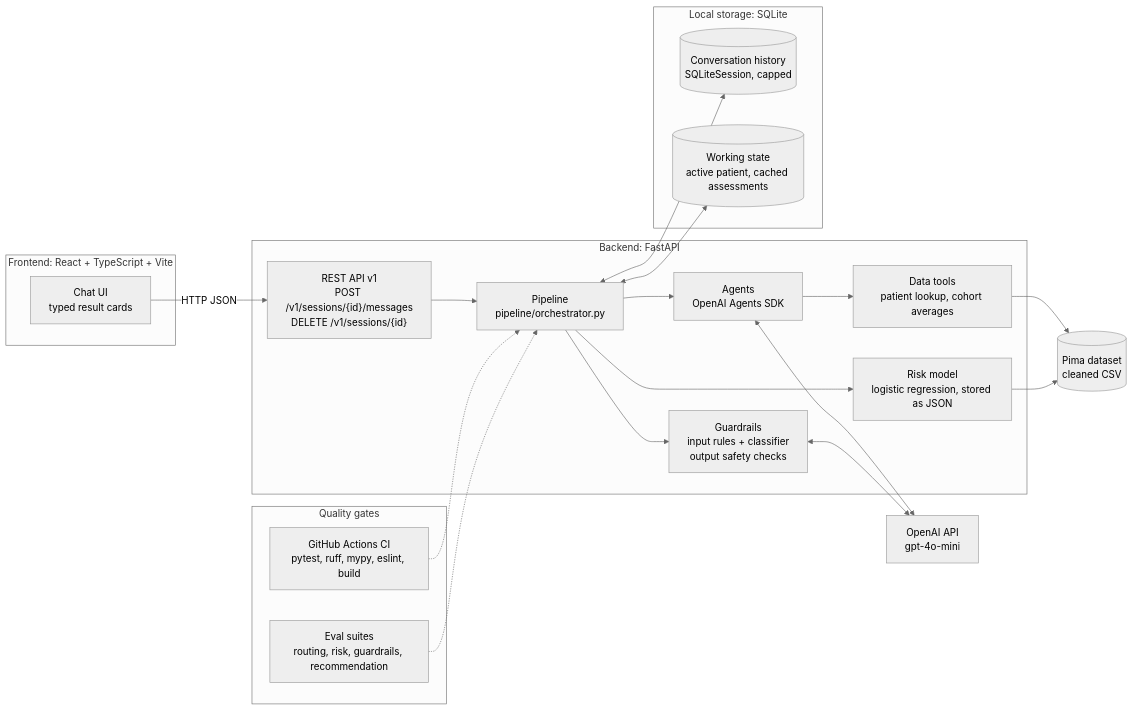
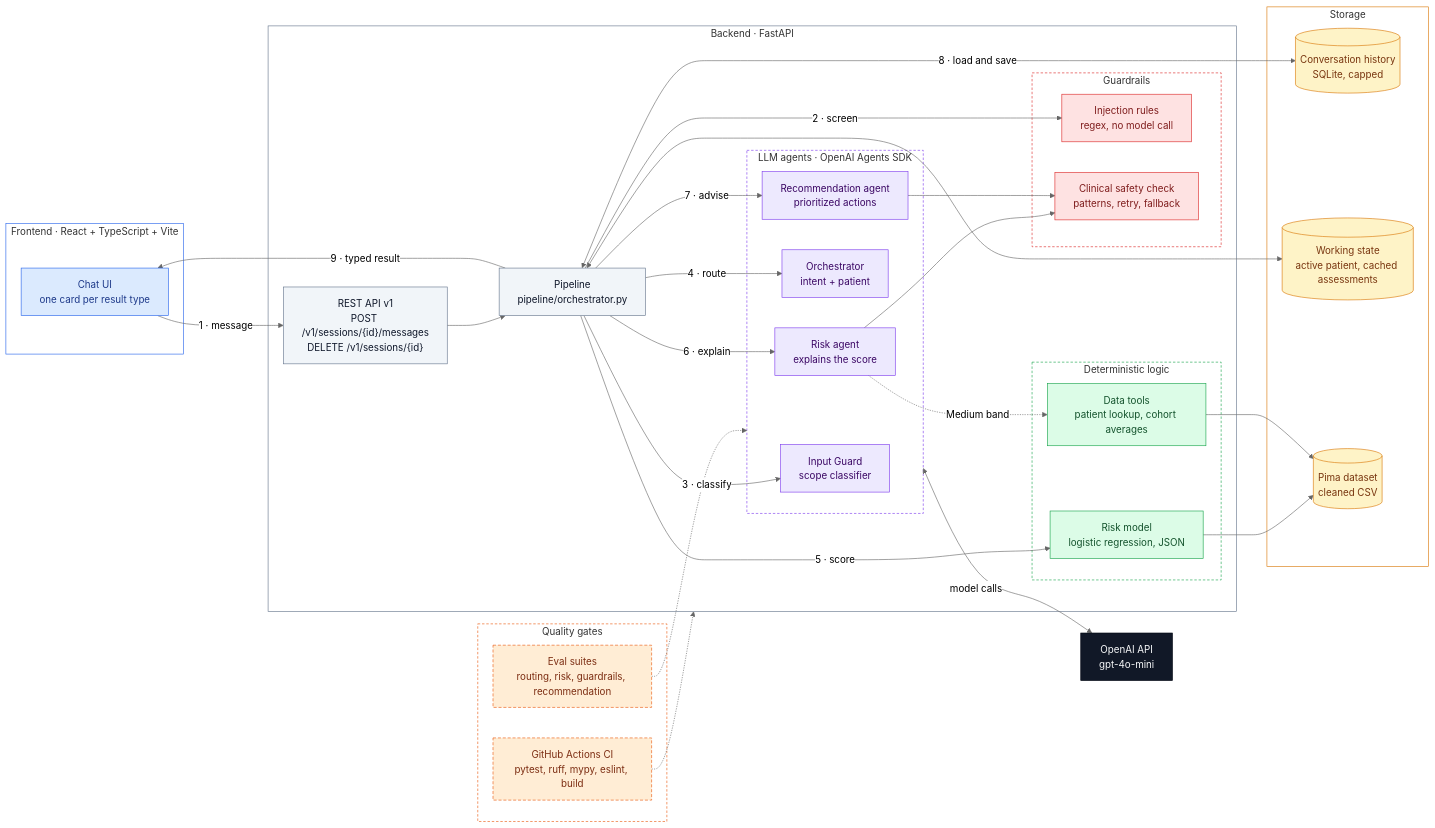
One commit to anshdeepb/agentic_ai_diabetes changed the first of 2 diagrams in README.md. Above: the diagram before and after it, drawn with Mermaid (neutral theme). The commit also changed other lines of this file and 1 other file, not shown here.

First line of the commit message:
Colour-code the README diagrams and remove the old architecture image

````diff
--- a/README.md
+++ b/README.md
@@ -36,24 +51,37 @@
 ```mermaid
 flowchart LR
-    subgraph Client["Frontend: React + TypeScript + Vite"]
-        UI["Chat UI<br/>typed result cards"]
+    subgraph Client["Frontend · React + TypeScript + Vite"]
+        UI["Chat UI<br/>one card per result type"]
     end
 
-    subgraph API["Backend: FastAPI"]
+    subgraph Backend["Backend · FastAPI"]
         Routes["REST API v1<br/>POST /v1/sessions/{id}/messages<br/>DELETE /v1/sessions/{id}"]
         Pipeline["Pipeline<br/>pipeline/orchestrator.py"]
-        Guard["Guardrails<br/>input rules + classifier<br/>output safety checks"]
-        Agents["Agents<br/>OpenAI Agents SDK"]
-        RiskModel["Risk model<br/>logistic regression, stored as JSON"]
-        Tools["Data tools<br/>patient lookup, cohort averages"]
+
+        subgraph Safety["Guardrails"]
+            Rules["Injection rules<br/>regex, no model call"]
+            OutGuard["Clinical safety check<br/>patterns, retry, fallback"]
+        end
+
+        subgraph AgentLayer["LLM agents · OpenAI Agents SDK"]
+            IG["Input Guard<br/>scope classifier"]
+            Orch["Orchestrator<br/>intent + patient"]
+            RiskAgent["Risk agent<br/>explains the score"]
+            RecAgent["Recommendation agent<br/>prioritized actions"]
+        end
+
+        subgraph Logic["Deterministic logic"]
+            RiskModel["Risk model<br/>logistic regression, JSON"]
+            Tools["Data tools<br/>patient lookup, cohort averages"]
+        end
     end
 
-    subgraph Storage["Local storage: SQLite"]
-        Sessions[("Conversation history<br/>SQLiteSession, capped")]
+    subgraph Storage["Storage"]
+        Sessions[("Conversation history<br/>SQLite, capped")]
         State[("Working state<br/>active patient, cached assessments")]
+        Data[("Pima dataset<br/>cleaned CSV")]
     end
 
-    Data[("Pima dataset<br/>cleaned CSV")]
     OpenAI["OpenAI API<br/>gpt-4o-mini"]
 
     subgraph Quality["Quality gates"]
@@ -61,16 +89,48 @@
         Evals["Eval suites<br/>routing, risk, guardrails, recommendation"]
     end
 
-    UI -- "HTTP JSON" --> Routes --> Pipeline
-    Pipeline --> Guard
-    Pipeline --> Agents
-    Pipeline --> RiskModel
-    Agents --> Tools --> Data
+    UI -->|"1 · message"| Routes --> Pipeline
+    Pipeline -->|"2 · screen"| Rules
+    Pipeline -->|"3 · classify"| IG
+    Pipeline -->|"4 · route"| Orch
+    Pipeline -->|"5 · score"| RiskModel
+    Pipeline -->|"6 · explain"| RiskAgent
+    Pipeline -->|"7 · advise"| RecAgent
+    RiskAgent -.->|"Medium band"| Tools
+    RiskAgent --> OutGuard
+    RecAgent --> OutGuard
     RiskModel --> Data
-    Agents <--> OpenAI
-    Guard <--> OpenAI
-    Pipeline <--> Sessions
+    Tools --> Data
+    AgentLayer <-->|"model calls"| OpenAI
+    Pipeline <-->|"8 · load and save"| Sessions
     Pipeline <--> State
-    CI -.-> Pipeline
-    Evals -.-> Pipeline
+    Pipeline -->|"9 · typed result"| UI
+    CI -.-> Backend
+    Evals -.-> AgentLayer
+
+    classDef client fill:#dbeafe,stroke:#2563eb,color:#1e3a8a
+    classDef core fill:#f1f5f9,stroke:#64748b,color:#0f172a
+    classDef agent fill:#ede9fe,stroke:#7c3aed,color:#3b0764
+    classDef logic fill:#dcfce7,stroke:#16a34a,color:#14532d
+    classDef guard fill:#fee2e2,stroke:#dc2626,color:#7f1d1d
+    classDef store fill:#fef3c7,stroke:#d97706,color:#78350f
+    classDef external fill:#111827,stroke:#030712,color:#f9fafb
+    classDef quality fill:#ffedd5,stroke:#ea580c,color:#7c2d12,stroke-dasharray:5 3
+
+    class UI client
+    class Routes,Pipeline core
+    class IG,Orch,RiskAgent,RecAgent agent
+    class RiskModel,Tools logic
+    class Rules,OutGuard guard
+    class Sessions,State,Data store
+    class OpenAI external
+    class CI,Evals quality
+
+    style Client fill:transparent,stroke:#2563eb
+    style Backend fill:transparent,stroke:#64748b
+    style Safety fill:transparent,stroke:#dc2626,stroke-dasharray:4 3
+    style AgentLayer fill:transparent,stroke:#7c3aed,stroke-dasharray:4 3
+    style Logic fill:transparent,stroke:#16a34a,stroke-dasharray:4 3
+    style Storage fill:transparent,stroke:#d97706
+    style Quality fill:transparent,stroke:#ea580c,stroke-dasharray:4 3
 ```
````
